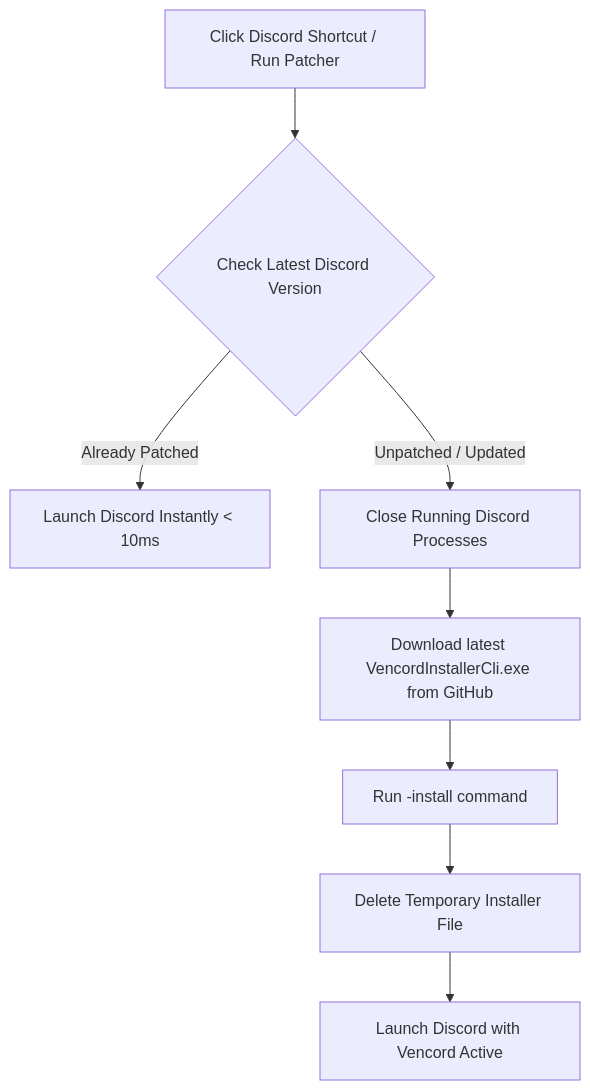
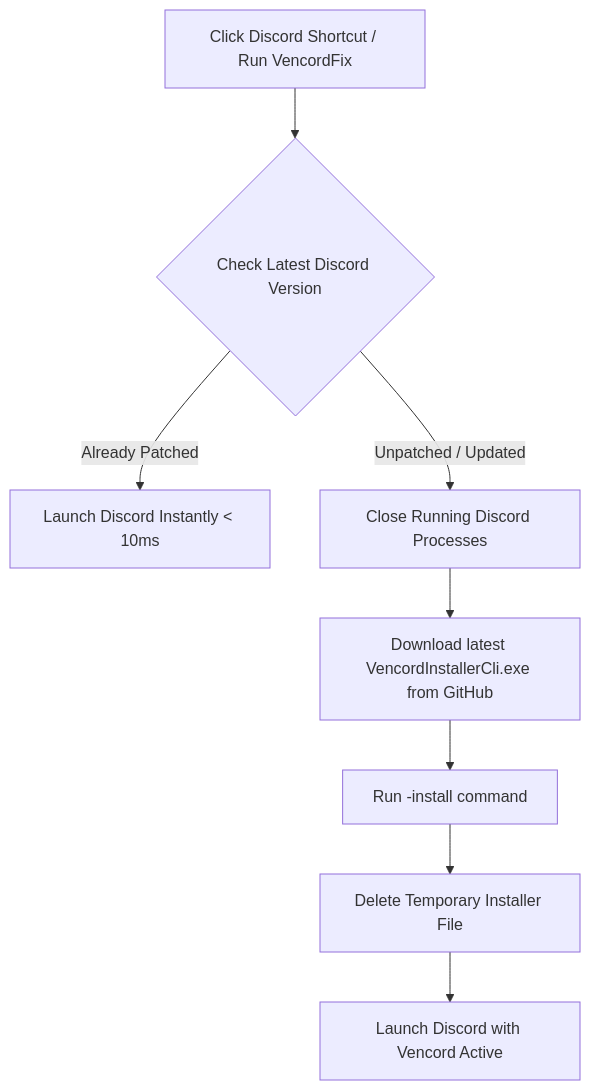
One commit to eclipse999/VencordFix changed the diagram in README_EN.md. Above: the diagram before and after it, drawn with Mermaid. The commit also changed other lines of this file and 17 other files, not shown here.

````diff
--- a/README_EN.md
+++ b/README_EN.md
@@ -62,10 +62,10 @@
 ```mermaid
 graph TD
-    A[Click Discord Shortcut / Run Patcher] --> B{Check Latest Discord Version}
+    A[Click Discord Shortcut / Run VencordFix] --> B{Check Latest Discord Version}
     B -->|Already Patched| C[Launch Discord Instantly < 10ms]
     B -->|Unpatched / Updated| D[Close Running Discord Processes]
     D --> E[Download latest VencordInstallerCli.exe from GitHub]
     E --> F[Run -install command]
     F --> G[Delete Temporary Installer File]
     G --> H[Launch Discord with Vencord Active]
 ```
````
